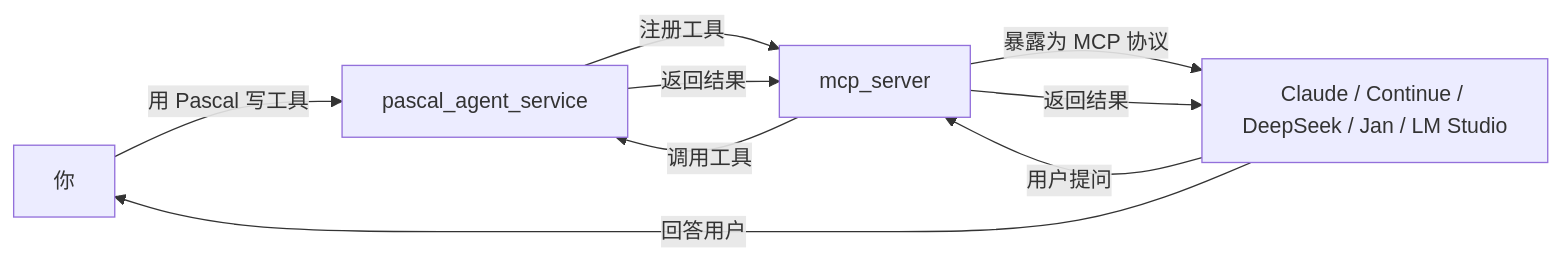
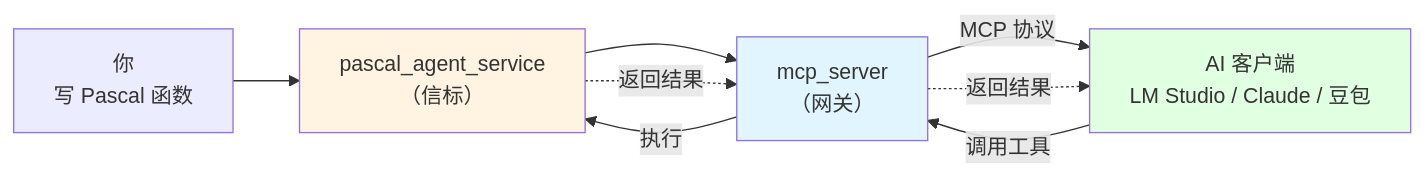
One commit to PassByYou888/LingoFuse-pasAgent changed the first of 6 diagrams in readme.md. Above: the diagram before and after it, drawn with Mermaid. The commit also changed other lines of this file, not shown here.

````diff
--- a/readme.md
+++ b/readme.md
@@ -89,11 +29,14 @@
 ```mermaid
-graph LR
-    User[你] -->|用 Pascal 写工具| Pas[pascal_agent_service]
-    Pas -->|注册工具| MCP[mcp_server]
-    MCP -->|暴露为 MCP 协议| AI[Claude / Continue / DeepSeek / Jan / LM Studio]
-    AI -->|用户提问| MCP
-    MCP -->|调用工具| Pas
-    Pas -->|返回结果| MCP
-    MCP -->|返回结果| AI
-    AI -->|回答用户| User
+flowchart LR
+    U["你<br/>写 Pascal 函数"] --> P["pascal_agent_service<br/>（信标）"]
+    P --> M["mcp_server<br/>（网关）"]
+    M -->|MCP 协议| AI["AI 客户端<br/>LM Studio / Claude / 豆包"]
+    AI -->|调用工具| M
+    M -->|执行| P
+    P -.->|返回结果| M
+    M -.->|返回结果| AI
+
+    style P fill:#fff4e1
+    style M fill:#e1f5ff
+    style AI fill:#e1ffe1
 ```
````
